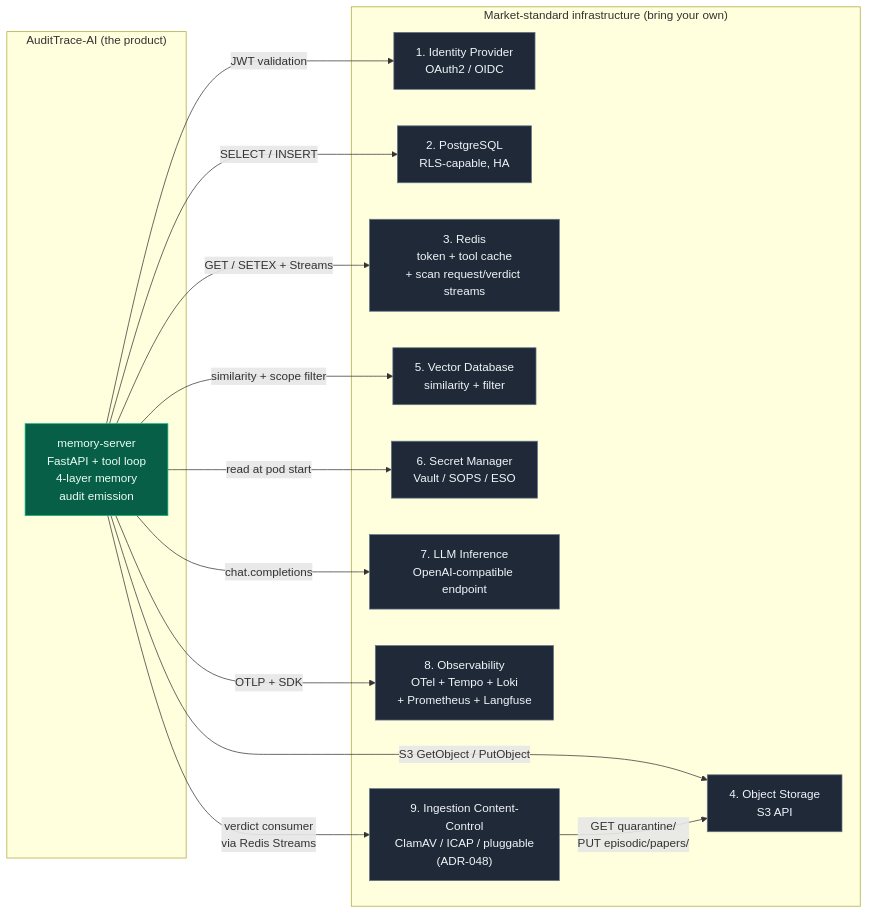
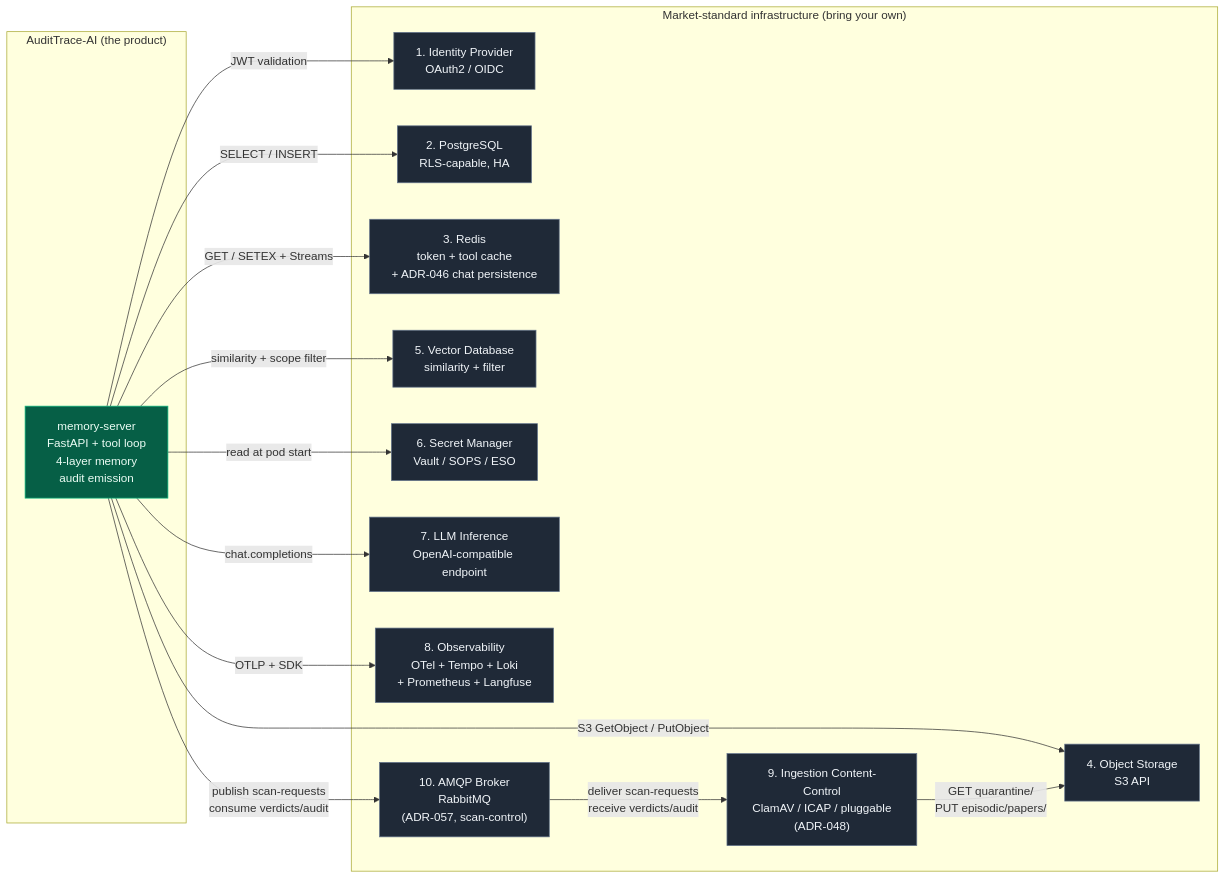
One commit to lfdesousa/AuditTrace-AI changed the diagram in docs/architecture/product-and-dependencies.md. Above: the diagram before and after it, drawn with Mermaid. The commit also changed other lines of this file and 19 other files, not shown here.

````diff
--- a/docs/architecture/product-and-dependencies.md
+++ b/docs/architecture/product-and-dependencies.md
@@ -21,32 +21,34 @@
 ```mermaid
 flowchart LR
     subgraph Product["AuditTrace-AI (the product)"]
         MS["memory-server<br/>FastAPI + tool loop<br/>4-layer memory<br/>audit emission"]
     end
     subgraph Dependencies["Market-standard infrastructure (bring your own)"]
         IDP["1. Identity Provider<br/>OAuth2 / OIDC"]
         PG["2. PostgreSQL<br/>RLS-capable, HA"]
-        R["3. Redis<br/>token + tool cache<br/>+ scan request/verdict streams"]
+        R["3. Redis<br/>token + tool cache<br/>+ ADR-046 chat persistence"]
         OS["4. Object Storage<br/>S3 API"]
         VDB["5. Vector Database<br/>similarity + filter"]
         SEC["6. Secret Manager<br/>Vault / SOPS / ESO"]
         LLM["7. LLM Inference<br/>OpenAI-compatible endpoint"]
         OBS["8. Observability<br/>OTel + Tempo + Loki<br/>+ Prometheus + Langfuse"]
         CC["9. Ingestion Content-Control<br/>ClamAV / ICAP / pluggable<br/>(ADR-048)"]
+        MQ["10. AMQP Broker<br/>RabbitMQ<br/>(ADR-057, scan-control)"]
     end
     MS -->|JWT validation| IDP
     MS -->|SELECT / INSERT| PG
     MS -->|GET / SETEX + Streams| R
     MS -->|S3 GetObject / PutObject| OS
     MS -->|similarity + scope filter| VDB
     MS -->|read at pod start| SEC
     MS -->|chat.completions| LLM
     MS -->|OTLP + SDK| OBS
-    MS -->|verdict consumer<br/>via Redis Streams| CC
+    MS -->|publish scan-requests<br/>consume verdicts/audit| MQ
+    MQ -->|deliver scan-requests<br/>receive verdicts/audit| CC
     CC -->|GET quarantine/<br/>PUT episodic/papers/| OS
 
     classDef prod fill:#065f46,stroke:#10b981,color:#ecfdf5
     classDef dep fill:#1f2937,stroke:#64748b,color:#f1f5f9
     class MS prod
-    class IDP,PG,R,OS,VDB,SEC,LLM,OBS,CC dep
+    class IDP,PG,R,OS,VDB,SEC,LLM,OBS,CC,MQ dep
 ```
````
